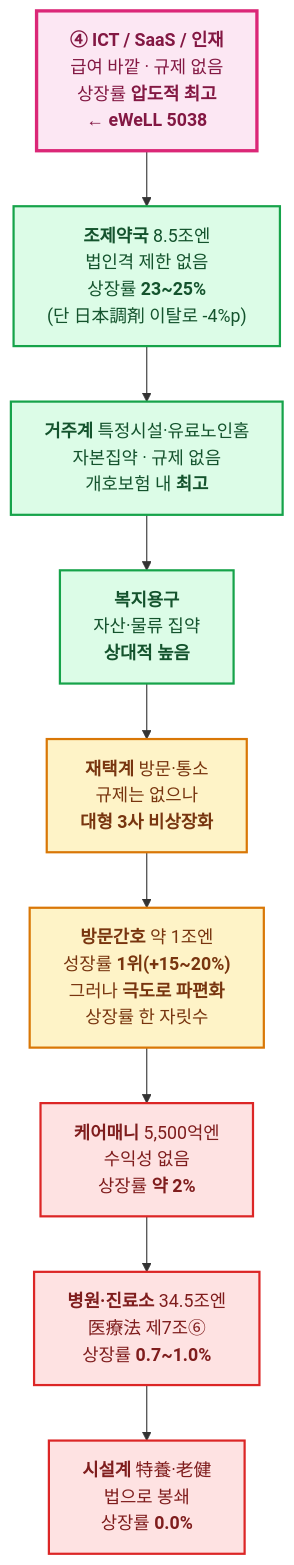
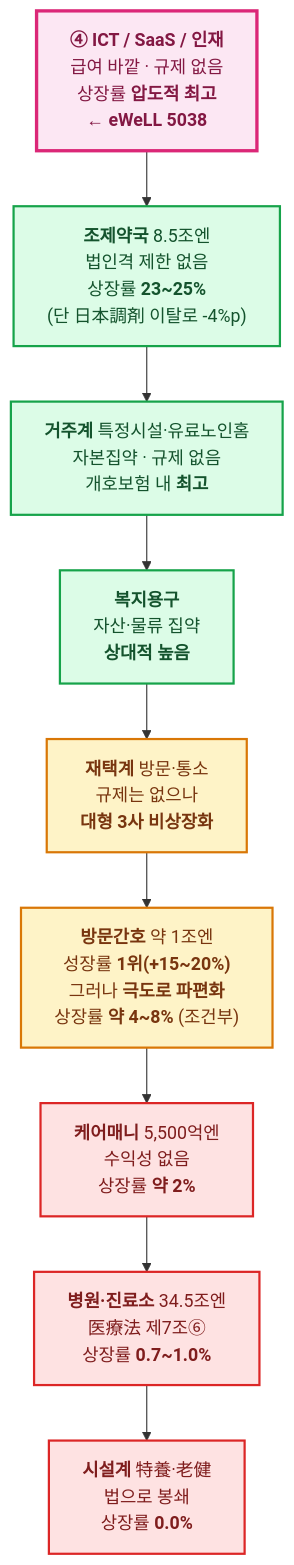
One commit to corn-cheese/personal_research changed the diagram in content/eWeLL_조사/4_계층별_상장률과_성장률.md. Above: the diagram before and after it, drawn with Mermaid. The commit also changed other lines of this file, not shown here.

First line of the commit message:
refine: 방문간호 상장률을 조건부 4~8%로 좁히고 '미산출 ≠ 0%' 구분을 명시

````diff
--- a/content/eWeLL_조사/4_계층별_상장률과_성장률.md
+++ b/content/eWeLL_조사/4_계층별_상장률과_성장률.md
@@ -174,23 +178,23 @@
 ```mermaid
 flowchart TD
     T["<b>④ ICT / SaaS / 인재</b><br/>급여 바깥 · 규제 없음<br/>상장률 <b>압도적 최고</b><br/>← <b>eWeLL 5038</b>"]
     P["<b>조제약국</b> 8.5조엔<br/>법인격 제한 없음<br/>상장률 <b>23~25%</b><br/>(단 日本調剤 이탈로 -4%p)"]
     R["<b>거주계</b> 특정시설·유료노인홈<br/>자본집약 · 규제 없음<br/>개호보험 내 <b>최고</b>"]
     G["<b>복지용구</b><br/>자산·물류 집약<br/><b>상대적 높음</b>"]
     H["<b>재택계</b> 방문·통소<br/>규제는 없으나<br/><b>대형 3사 비상장화</b>"]
-    HK["<b>방문간호</b> 약 1조엔<br/>성장률 <b>1위(+15~20%)</b><br/>그러나 <b>극도로 파편화</b><br/>상장률 한 자릿수"]
+    HK["<b>방문간호</b> 약 1조엔<br/>성장률 <b>1위(+15~20%)</b><br/>그러나 <b>극도로 파편화</b><br/>상장률 <b>약 4~8%</b> (조건부)"]
     C["<b>케어매니</b> 5,500억엔<br/>수익성 없음<br/>상장률 <b>약 2%</b>"]
     HOS["<b>병원·진료소</b> 34.5조엔<br/>医療法 제7조⑥<br/>상장률 <b>0.7~1.0%</b>"]
     F["<b>시설계</b> 特養·老健<br/>법으로 봉쇄<br/>상장률 <b>0.0%</b>"]
 
     T --> P --> R --> G --> H --> HK --> C --> HOS --> F
 
     classDef top fill:#fce7f3,stroke:#db2777,stroke-width:3px,color:#831843
     classDef high fill:#dcfce7,stroke:#16a34a,stroke-width:2px,color:#14532d
     classDef mid fill:#fef3c7,stroke:#d97706,stroke-width:2px,color:#78350f
     classDef low fill:#fee2e2,stroke:#dc2626,stroke-width:2px,color:#7f1d1d
     class T top
     class P,R,G high
     class H,HK mid
     class C,HOS,F low
 ```
````
